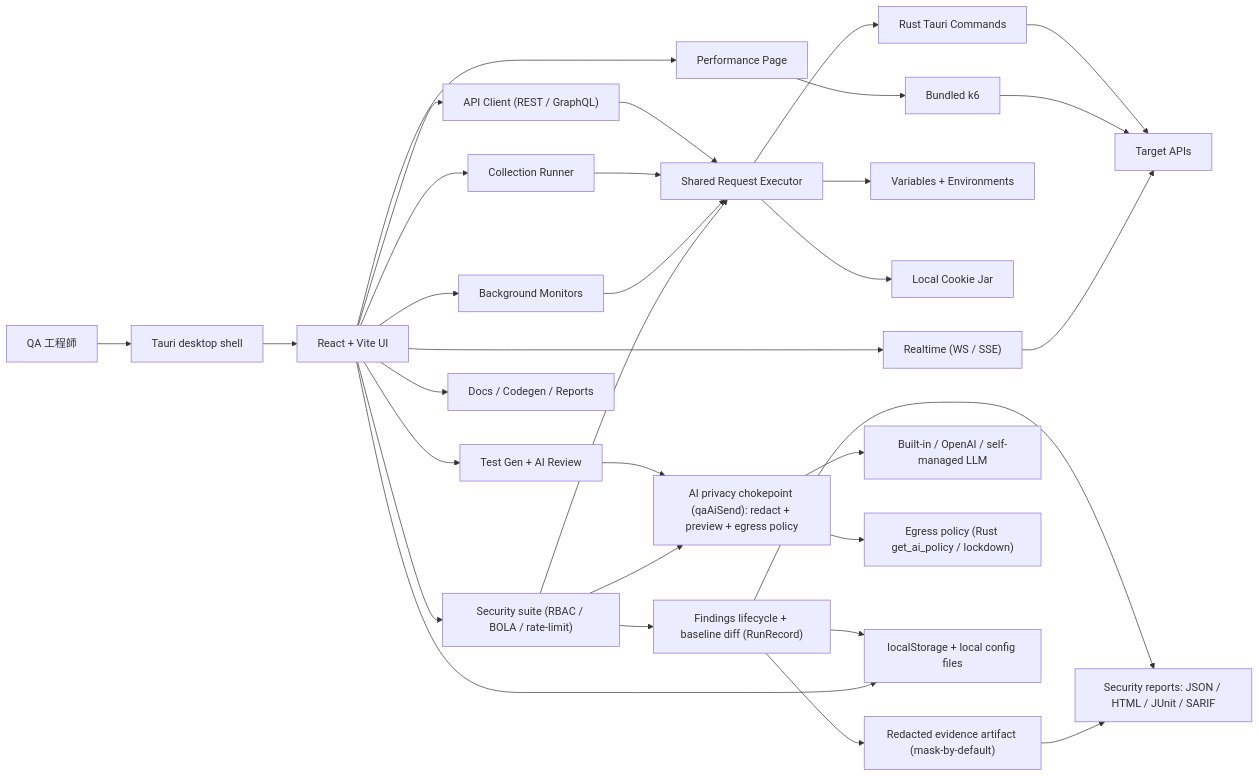
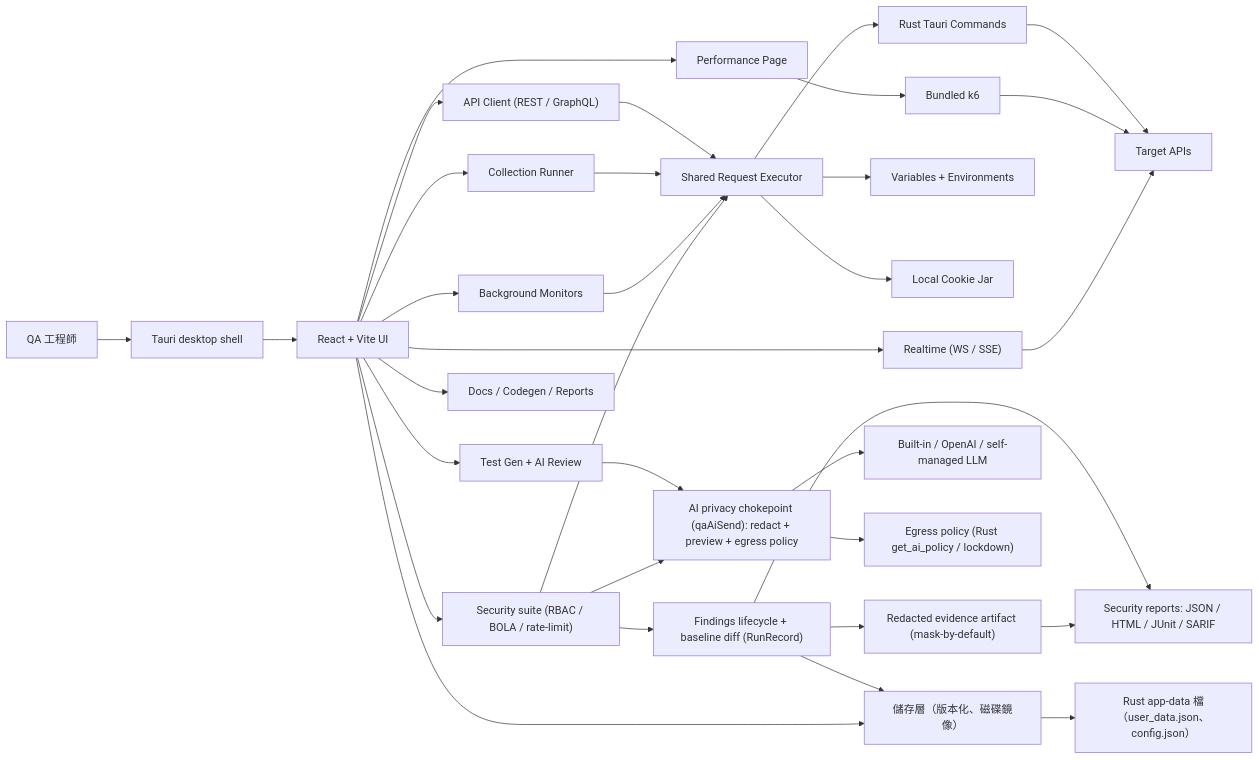
One commit to asdfghj1237890/qa-touchstone changed the diagram in README.zh-TW.md. Above: the diagram before and after it, drawn with Mermaid. The commit also changed other lines of this file and 2 other files, not shown here.

First line of the commit message:
docs: refresh README + assessment for TypeScript, storage layer, PSL, and the shipped security suite

````diff
--- a/README.zh-TW.md
+++ b/README.zh-TW.md
@@ -110,40 +111,41 @@
 ```mermaid
 flowchart LR
   User["QA 工程師"] --> Shell["Tauri desktop shell"]
   Shell --> UI["React + Vite UI"]
 
   UI --> Client["API Client (REST / GraphQL)"]
   UI --> Runner["Collection Runner"]
   UI --> Security["Security suite (RBAC / BOLA / rate-limit)"]
   UI --> Monitors["Background Monitors"]
   UI --> Perf["Performance Page"]
   UI --> AI["Test Gen + AI Review"]
   UI --> Realtime["Realtime (WS / SSE)"]
   UI --> Docs["Docs / Codegen / Reports"]
 
   Client --> Executor["Shared Request Executor"]
   Runner --> Executor
   Monitors --> Executor
   Security --> Executor
 
   Security --> Findings["Findings lifecycle + baseline diff (RunRecord)"]
   Findings --> Evidence["Redacted evidence artifact (mask-by-default)"]
   Findings --> Reports["Security reports: JSON / HTML / JUnit / SARIF"]
   Evidence --> Reports
 
   Executor --> Vars["Variables + Environments"]
   Executor --> Cookies["Local Cookie Jar"]
   Executor --> Rust["Rust Tauri Commands"]
   Rust --> APIs["Target APIs"]
 
   Perf --> K6["Bundled k6"]
   K6 --> APIs
   Realtime --> APIs
 
   AI --> AIGate["AI privacy chokepoint (qaAiSend): redact + preview + egress policy"]
   Security --> AIGate
   AIGate --> LLM["Built-in / OpenAI / self-managed LLM"]
   AIGate --> AIPolicy["Egress policy (Rust get_ai_policy / lockdown)"]
-  Findings --> Storage["localStorage + local config files"]
+  Findings --> Storage["儲存層（版本化、磁碟鏡像）"]
+  Storage --> Disk["Rust app-data 檔（user_data.json、config.json）"]
   UI --> Storage
 ```
````
